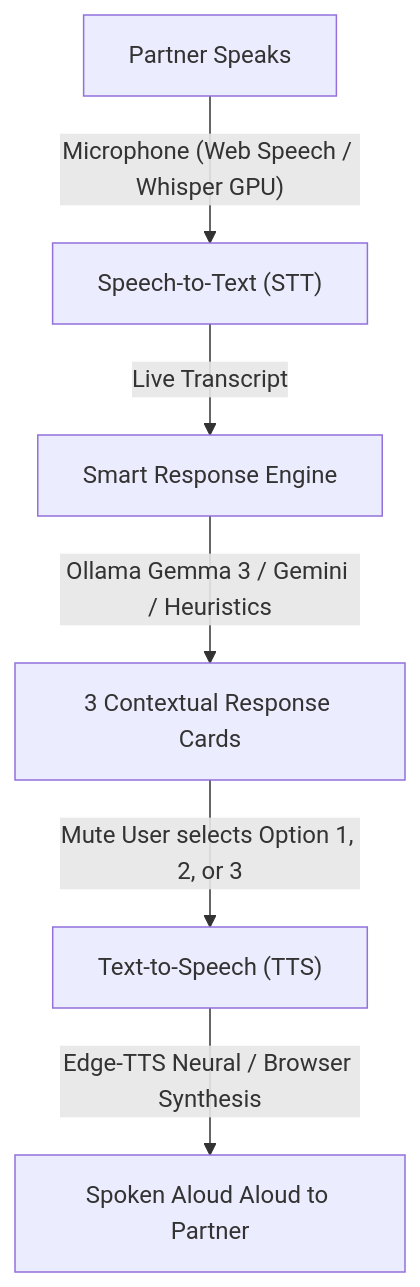
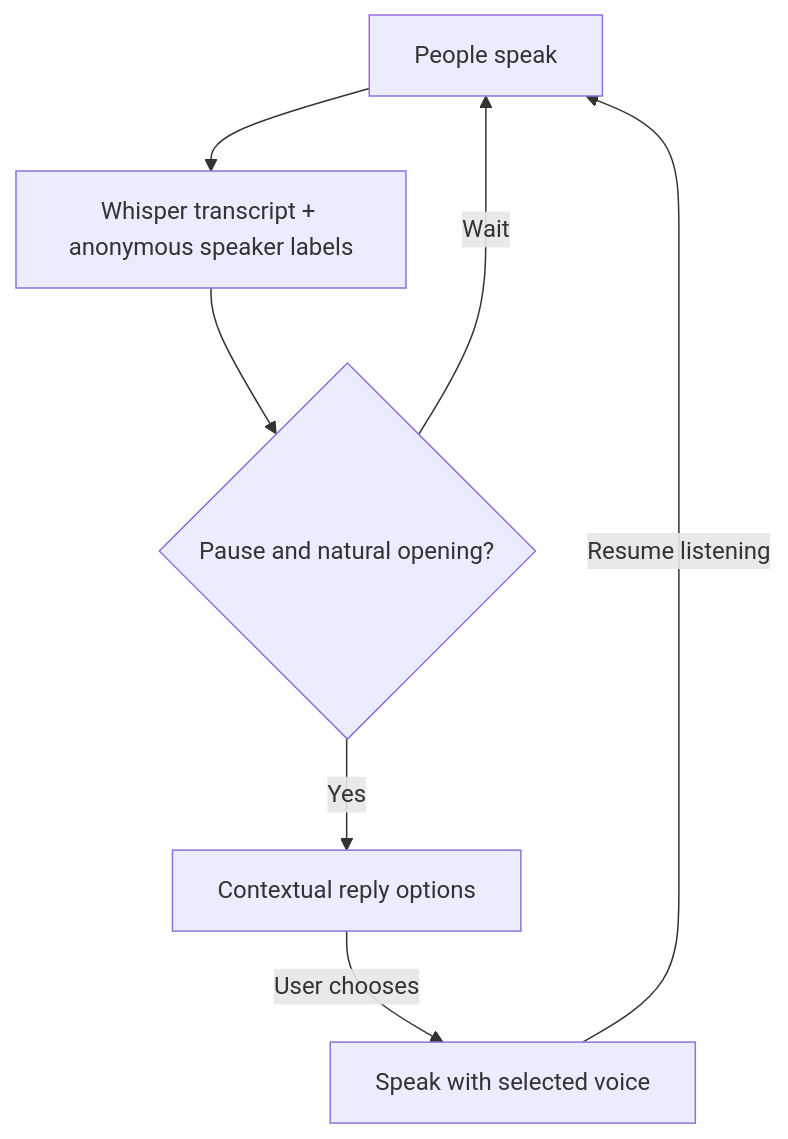
One commit to WordsGPT/vocalis-aac changed the diagram in README.md. Above: the diagram before and after it, drawn with Mermaid. The commit also changed other lines of this file and 19 other files, not shown here.

Commit message:
feat: continuous conversation listening, diarization and transcript toggle

````diff
--- a/README.md
+++ b/README.md
@@ -9,8 +9,9 @@
 ```mermaid
 graph TD
-    A["Partner Speaks"] -->|"Microphone (Web Speech / Whisper GPU)"| B["Speech-to-Text (STT)"]
-    B -->|"Live Transcript"| C["Smart Response Engine"]
-    C -->|"Ollama Gemma 3 / Gemini / Heuristics"| D["3 Contextual Response Cards"]
-    D -->|"Mute User selects Option 1, 2, or 3"| E["Text-to-Speech (TTS)"]
-    E -->|"Edge-TTS Neural / Browser Synthesis"| F["Spoken Aloud Aloud to Partner"]
+    A["People speak"] --> B["Whisper transcript + anonymous speaker labels"]
+    B --> C{"Pause and natural opening?"}
+    C -->|"Wait"| A
+    C -->|"Yes"| D["Contextual reply options"]
+    D -->|"User chooses"| E["Speak with selected voice"]
+    E -->|"Resume listening"| A
 ```
````
